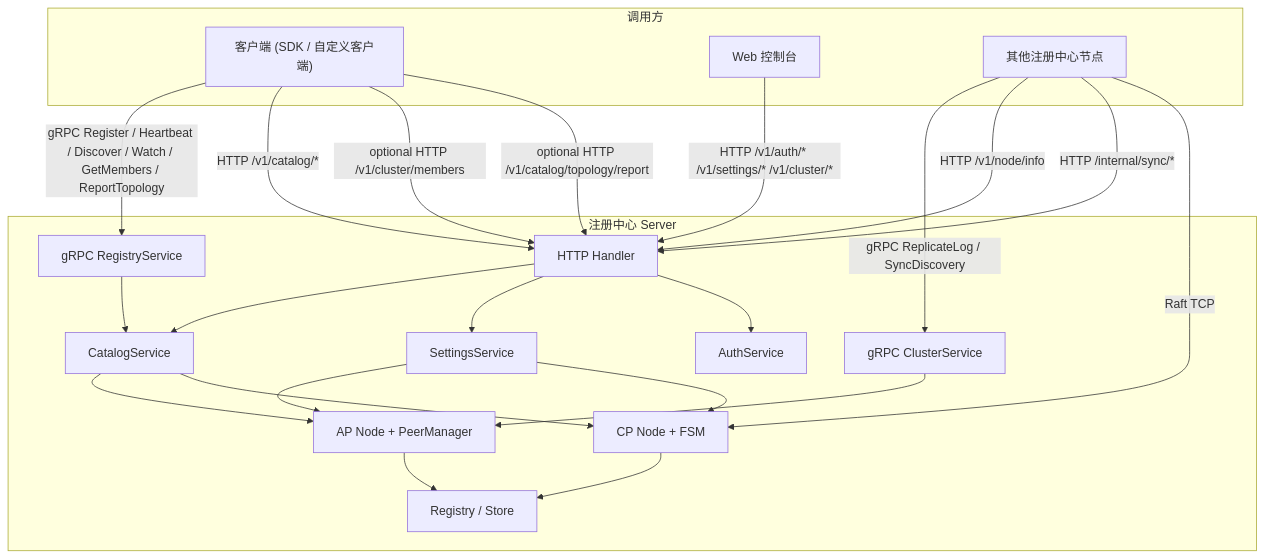
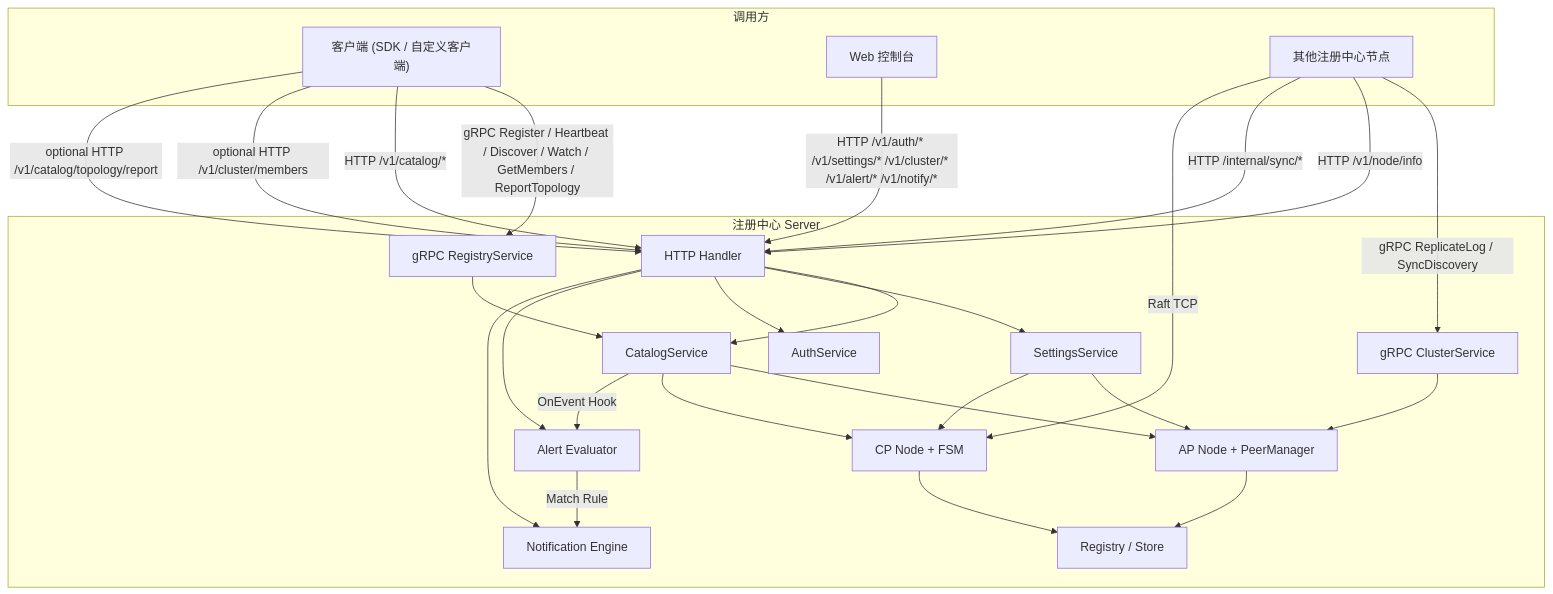
Before and after one commit to shiyindaxiaojie/eden-microservice: the diagram in docs/architecture_zh.md, drawn with Mermaid. The commit also changed other lines of this file and 12 other files, not shown here.

````diff
--- a/docs/architecture_zh.md
+++ b/docs/architecture_zh.md
@@ -31,45 +32,51 @@
 ```mermaid
 graph TB
     subgraph "调用方"
         Client["客户端 (SDK / 自定义客户端)"]
         Console["Web 控制台"]
         Peer["其他注册中心节点"]
     end
 
     subgraph "注册中心 Server"
         HTTP["HTTP Handler"]
         GRPC_REG["gRPC RegistryService"]
         GRPC_CLUSTER["gRPC ClusterService"]
         CAT["CatalogService"]
+        ALERT["Alert Evaluator"]
+        NOTIFY["Notification Engine"]
         SET["SettingsService"]
         AUTH["AuthService"]
         AP["AP Node + PeerManager"]
         CP["CP Node + FSM"]
         STORE["Registry / Store"]
     end
 
     Client -->|gRPC Register / Heartbeat / Discover / Watch / GetMembers / ReportTopology| GRPC_REG
     Client -->|HTTP /v1/catalog/*| HTTP
     Client -->|optional HTTP /v1/cluster/members| HTTP
     Client -->|optional HTTP /v1/catalog/topology/report| HTTP
 
-    Console -->|HTTP /v1/auth/* /v1/settings/* /v1/cluster/*| HTTP
+    Console -->|HTTP /v1/auth/* /v1/settings/* /v1/cluster/* /v1/alert/* /v1/notify/*| HTTP
 
     Peer -->|gRPC ReplicateLog / SyncDiscovery| GRPC_CLUSTER
     Peer -->|HTTP /v1/node/info| HTTP
     Peer -->|HTTP /internal/sync/*| HTTP
     Peer -->|Raft TCP| CP
 
     HTTP --> CAT
     HTTP --> SET
     HTTP --> AUTH
+    HTTP --> ALERT
+    HTTP --> NOTIFY
     GRPC_REG --> CAT
     GRPC_CLUSTER --> AP
 
     CAT --> AP
     CAT --> CP
+    CAT -->|OnEvent Hook| ALERT
+    ALERT -->|Match Rule| NOTIFY
     SET --> AP
     SET --> CP
     AP --> STORE
     CP --> STORE
 ```
````
